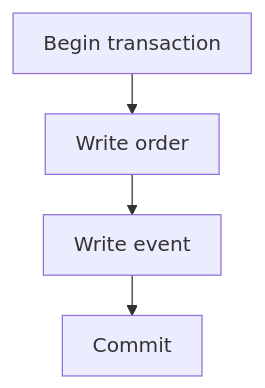
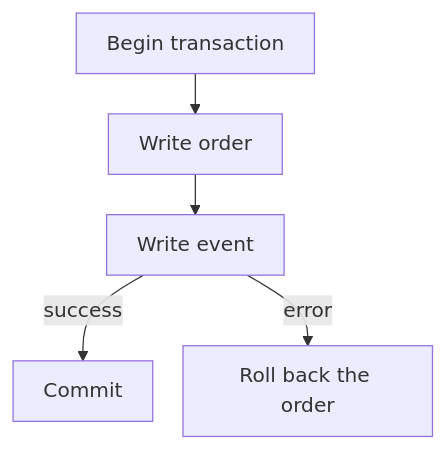
Before and after one commit to bedrock-python/bedrock-python.github.io: the diagram in docs/blog/posts/2026-09-13-sqlalchemy-sessions-and-transactions.md, drawn with Mermaid. The commit also changed other lines of this file and 205 other files, not shown here.

````diff
--- a/docs/blog/posts/2026-09-13-sqlalchemy-sessions-and-transactions.md
+++ b/docs/blog/posts/2026-09-13-sqlalchemy-sessions-and-transactions.md
@@ -71,21 +113,24 @@
 ```mermaid
 ---
 config:
   theme: default
   look: classic
   flowchart:
     useMaxWidth: false
     wrappingWidth: 150
     padding: 12
     nodeSpacing: 24
     rankSpacing: 32
 ---
 flowchart TD
     accTitle: One use case owns the commit boundary
-    accDescr: The order change and event record share a transaction. Failure before commit rolls back both writes.
+    accDescr: If recording the event fails, the order rolls back. A successful transaction saves both rows together.
     A["Begin transaction"]
     B["Write order"]
     C["Write event"]
     D["Commit"]
-    A --> B --> C --> D
+    E["Roll back the order"]
+    A --> B --> C
+    C -->|success| D
+    C -->|error| E
 ```
````
